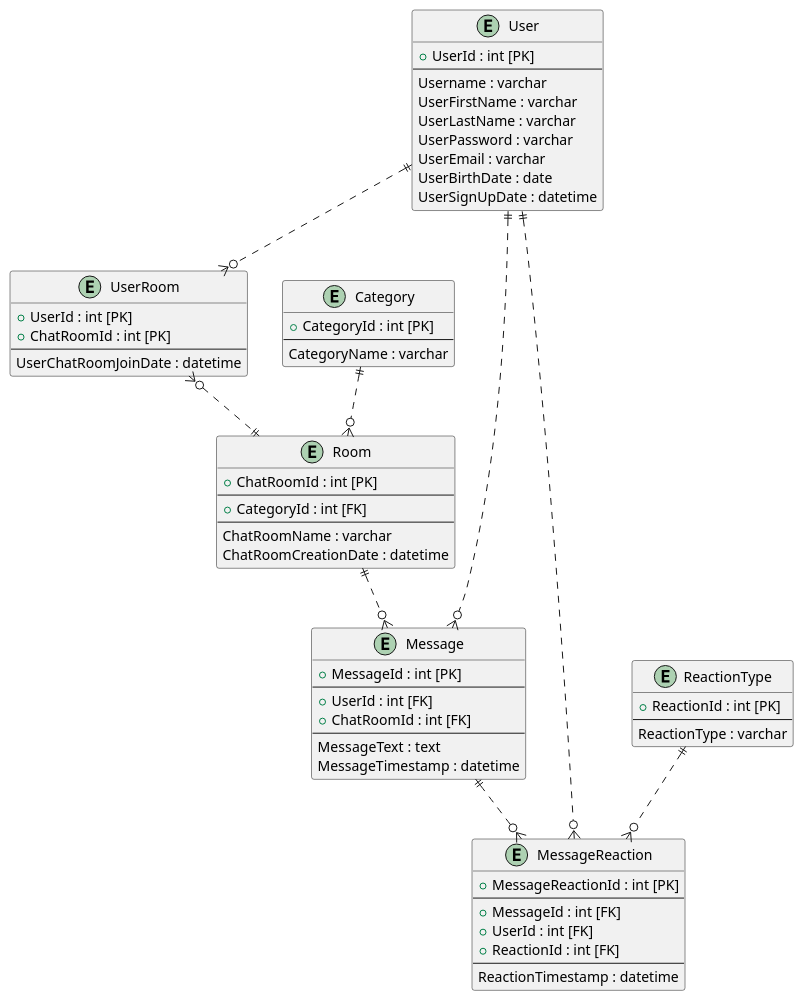
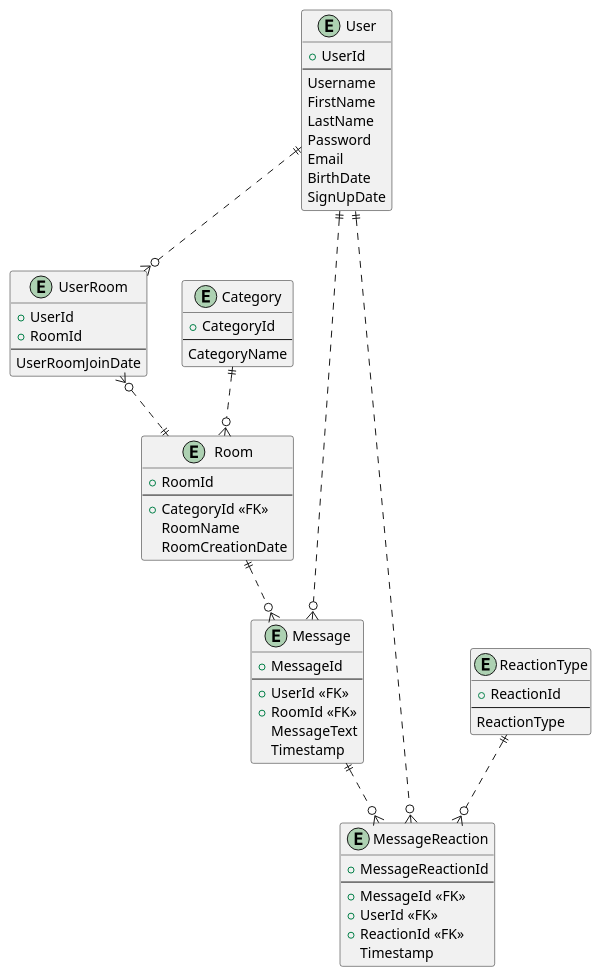
The diagram in er_logical.puml (Liteykin/DBI_Project), drawn with PlantUML before and after one commit. The commit also changed 1 other file, not shown here.

```diff
--- a/er_logical.puml
+++ b/er_logical.puml
@@ -1,70 +1,68 @@
 @startuml "Chatflow"
 entity "User" as user {
-  + UserId : int [PK]
+  + UserId
   --
-  Username : varchar
-  UserFirstName : varchar
-  UserLastName : varchar
-  UserPassword : varchar
-  UserEmail : varchar
-  UserBirthDate : date
-  UserSignUpDate : datetime
+  Username
+  FirstName
+  LastName
+  Password
+  Email
+  BirthDate
+  SignUpDate
 }
 
 entity "Room" as room {
-  + ChatRoomId : int [PK]
+  + RoomId
   --
-  + CategoryId : int [FK]
-  --
-  ChatRoomName : varchar
-  ChatRoomCreationDate : datetime
+  + CategoryId <<FK>>
+  RoomName
+  RoomCreationDate
 }
 
 entity "Category" as category {
-  + CategoryId : int [PK]
+  + CategoryId
   --
-  CategoryName : varchar
+  CategoryName
 }
 
 entity "UserRoom" as user_room {
-  + UserId : int [PK]
-  + ChatRoomId : int [PK]
+  + UserId
+  + RoomId
   --
-  UserChatRoomJoinDate : datetime
+  UserRoomJoinDate
 }
 
 entity "Message" as message {
-  + MessageId : int [PK]
+  + MessageId
   --
-  + UserId : int [FK]
-  + ChatRoomId : int [FK]
-  --
-  MessageText : text
-  MessageTimestamp : datetime
+  + UserId <<FK>>
+  + RoomId <<FK>>
+  MessageText
+  Timestamp
 }
 
 entity "ReactionType" as reaction {
-  + ReactionId : int [PK]
+  + ReactionId
   --
-  ReactionType : varchar
+  ReactionType
 }
 
 entity "MessageReaction" as message_reaction {
-  + MessageReactionId : int [PK]
+  + MessageReactionId
   --
-  + MessageId : int [FK]
-  + UserId : int [FK]
-  + ReactionId : int [FK]
-  --
-  ReactionTimestamp : datetime
+  + MessageId <<FK>>
+  + UserId <<FK>>
+  + ReactionId <<FK>>
+  Timestamp
 }
 
 user ||..o{ user_room
+
 user_room }o..|| room
 room ||..o{ message
 user ||..o{ message
 category ||..o{ room
 message ||..o{ message_reaction
 user ||..o{ message_reaction
 reaction ||..o{ message_reaction
 @enduml
```
